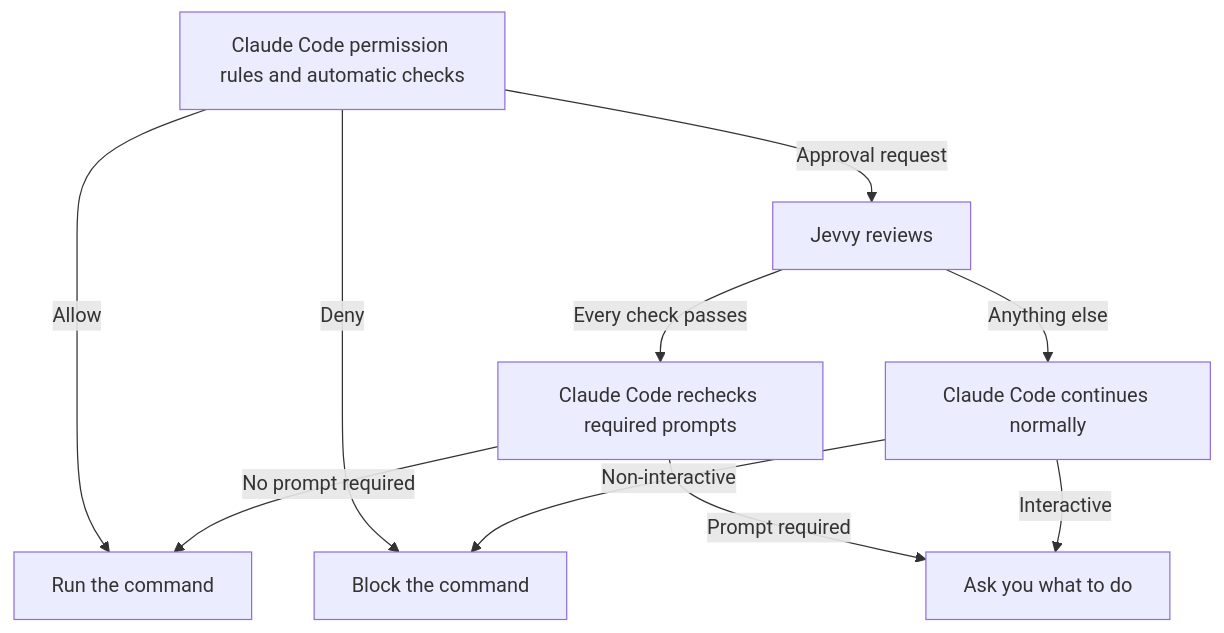
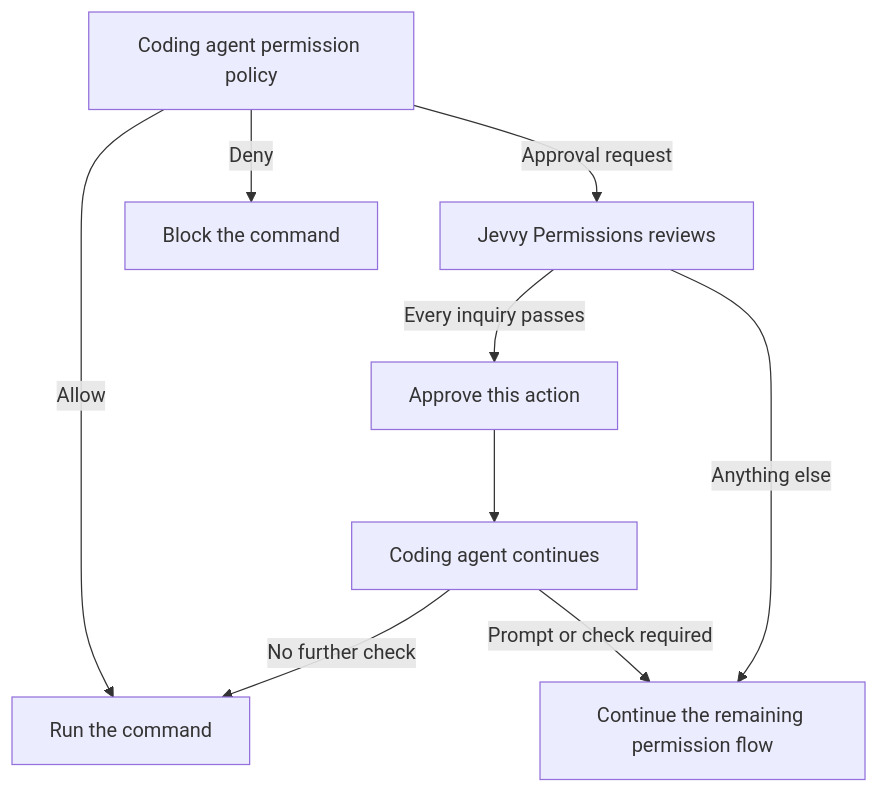
One commit to PanAchy/jevvy changed the diagram in README.md. Above: the diagram before and after it, drawn with Mermaid. The commit also changed other lines of this file and 1 other file, not shown here.

Commit message:
docs: simplify README and add Claude demo

````diff
--- a/README.md
+++ b/README.md
@@ -104,13 +73,12 @@
 ```mermaid
 flowchart TD
-    rules[Claude Code permission rules and automatic checks]
+    rules[Coding agent permission policy]
     rules -->|Allow| run[Run the command]
     rules -->|Deny| block[Block the command]
-    rules -->|Approval request| review[Jevvy reviews]
-    review -->|Every check passes| recheck[Claude Code rechecks required prompts]
-    recheck -->|No prompt required| run
-    recheck -->|Prompt required| prompt[Ask you what to do]
-    review -->|Anything else| normal[Claude Code continues normally]
-    normal -->|Interactive| prompt
-    normal -->|Non-interactive| block
+    rules -->|Approval request| review[Jevvy Permissions reviews]
+    review -->|Every inquiry passes| approve[Approve this action]
+    review -->|Anything else| remaining[Continue the remaining permission flow]
+    approve --> proceed[Coding agent continues]
+    proceed -->|No further check| run
+    proceed -->|Prompt or check required| remaining
 ```
````
